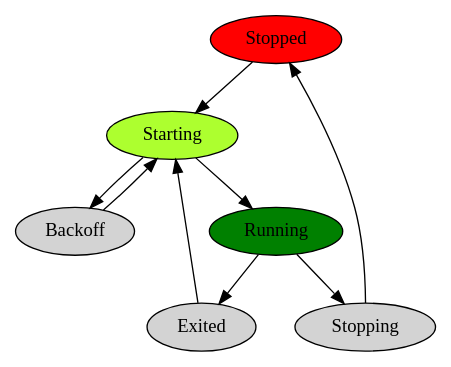
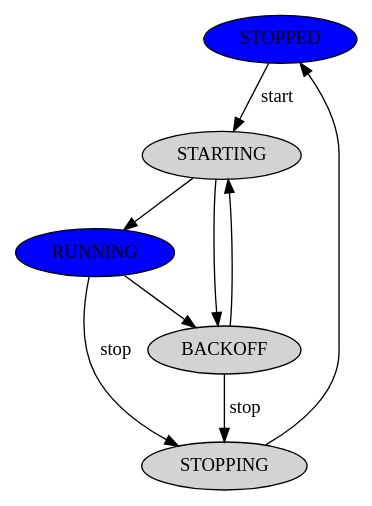
The diagram in api/inventory/agents_process_status.dot (percona/pmm), drawn with Graphviz before and after one commit.

Commit message:
Add temporary process state diagram.

```diff
--- a/api/inventory/agents_process_status.dot
+++ b/api/inventory/agents_process_status.dot
@@ -1,18 +1,20 @@
 digraph {
   node [style=filled];
 
-  Stopped [fillcolor=red];
-  Starting [fillcolor=greenyellow];
-  Running [fillcolor=green];
+  STOPPED [fillcolor=blue];
+  STARTING;
+  RUNNING [fillcolor=blue];
+  STOPPING;
+  BACKOFF;
 
-  Stopped -> Starting
-  Starting -> Running
-  Running -> Stopping
-  Stopping -> Stopped
+  STOPPED -> STARTING [label=start];
+  STARTING -> RUNNING;
+  RUNNING -> STOPPING [label=stop];
+  STOPPING -> STOPPED;
 
-  Starting -> Backoff
-  Backoff -> Starting
+  STARTING -> BACKOFF;
+  BACKOFF -> STARTING;
 
-  Running -> Exited
-  Exited -> Starting
+  RUNNING -> BACKOFF;
+  BACKOFF -> STOPPING [label=stop];
 }
```
